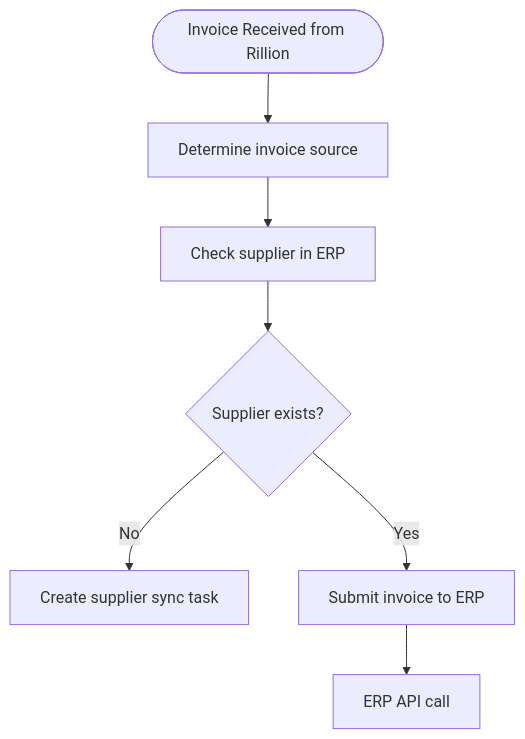
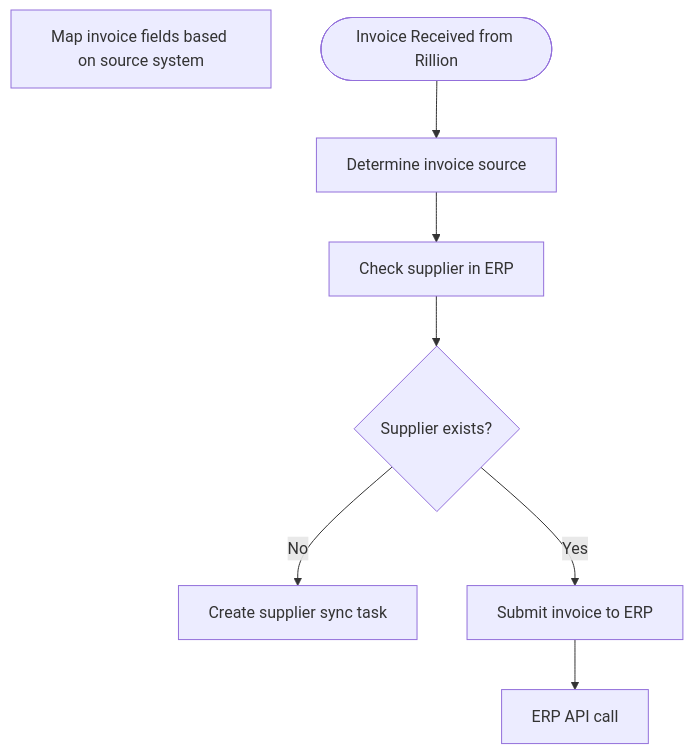
Before and after one commit to nasiradeel183-sketch/Connect-Invoice-Flow: the diagram in docs/flowchart.mmd, drawn with Mermaid. The commit also changed 1 other file, not shown here.

Commit message:
Auto-update flowchart

```diff
--- a/docs/flowchart.mmd
+++ b/docs/flowchart.mmd
@@ -1,14 +1,15 @@
 flowchart TD
-    N0(["Invoice Received from Rillion"])
-    N1["Determine invoice source"]
-    N2["Check supplier in ERP"]
-    N3{"Supplier exists?"}
-    N4["Create supplier sync task"]
-    N5["Submit invoice to ERP"]
-    N6["ERP API call"]
-    N0 --> N1
+    N0["Map invoice fields based on source system"]
+    N1(["Invoice Received from Rillion"])
+    N2["Determine invoice source"]
+    N3["Check supplier in ERP"]
+    N4{"Supplier exists?"}
+    N5["Create supplier sync task"]
+    N6["Submit invoice to ERP"]
+    N7["ERP API call"]
     N1 --> N2
     N2 --> N3
-    N3 -->|No| N4
-    N3 -->|Yes| N5
-    N5 --> N6
+    N3 --> N4
+    N4 -->|No| N5
+    N4 -->|Yes| N6
+    N6 --> N7
```
